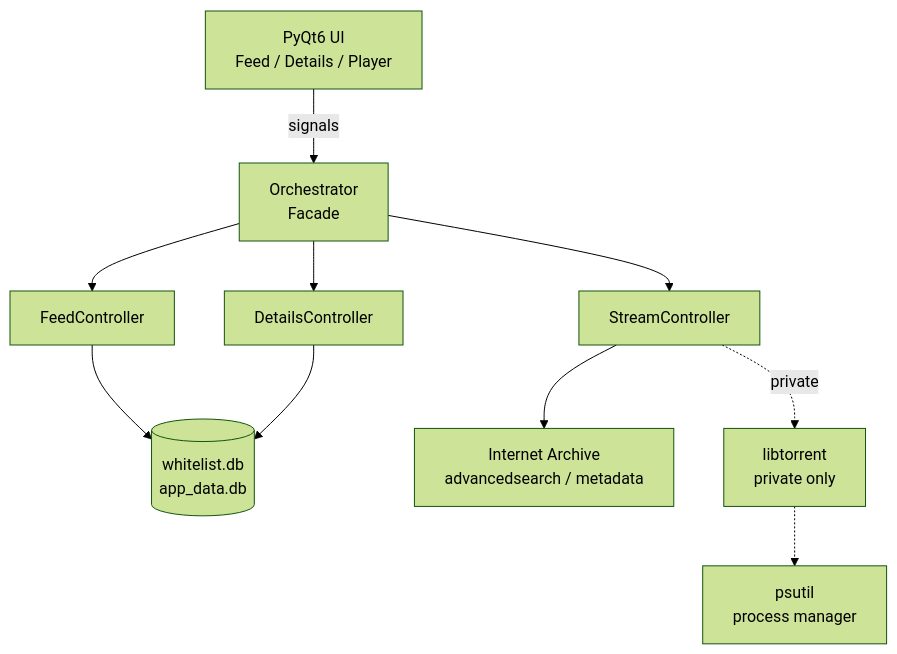
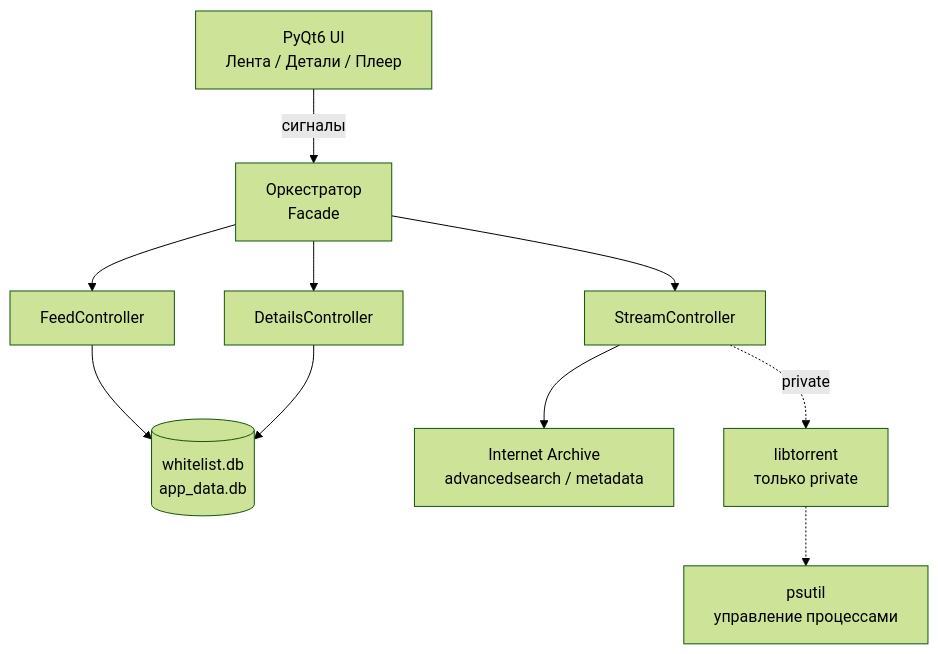
One commit to AkashaForge/ama-gi-player changed the first of 2 diagrams in README.ru.md. Above: the diagram before and after it, drawn with Mermaid (forest theme). The commit also changed other lines of this file, not shown here.

````diff
--- a/README.ru.md
+++ b/README.ru.md
@@ -314,22 +314,22 @@
 ```mermaid
 flowchart TD
-    UI["PyQt6 UI<br/>Feed / Details / Player"]
-    ORCH["Orchestrator<br/>Facade"]
+    UI["PyQt6 UI<br/>Лента / Детали / Плеер"]
+    ORCH["Оркестратор<br/>Facade"]
     FEED["FeedController"]
     DET["DetailsController"]
     STREAM["StreamController"]
     DB[("whitelist.db<br/>app_data.db")]
     IA["Internet Archive<br/>advancedsearch / metadata"]
-    LT["libtorrent<br/>private only"]
-    PS["psutil<br/>process manager"]
+    LT["libtorrent<br/>только private"]
+    PS["psutil<br/>управление процессами"]
 
-    UI -->|signals| ORCH
+    UI -->|сигналы| ORCH
     ORCH --> FEED
     ORCH --> DET
     ORCH --> STREAM
     FEED --> DB
     DET --> DB
     STREAM --> IA
     STREAM -.->|private| LT
     LT -.-> PS
 ```
````
